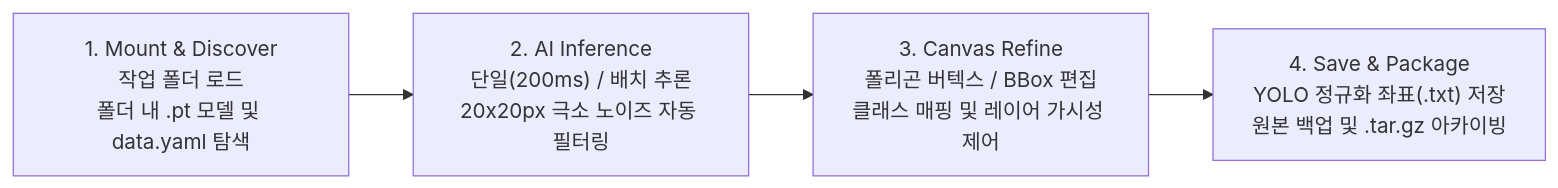
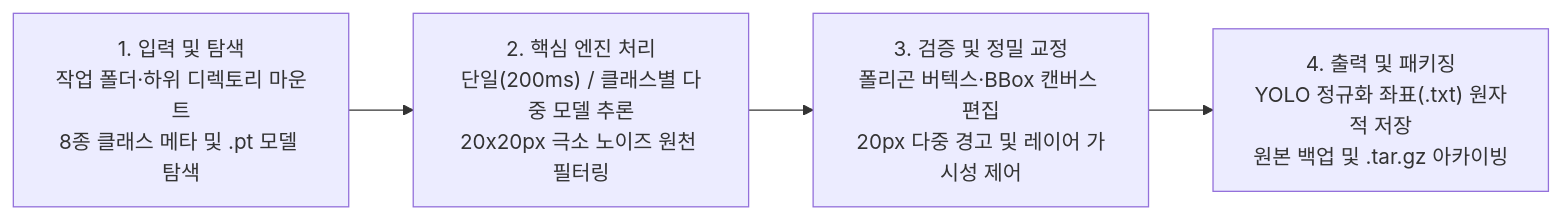
The diagram in README.md (yg-gulbi/dataset-studio), drawn with Mermaid before and after one commit. The commit also changed other lines of this file, not shown here.

````diff
--- a/README.md
+++ b/README.md
@@ -79,6 +87,6 @@
 ```mermaid
 flowchart LR
-    A["1. Mount & Discover\n작업 폴더 로드\n폴더 내 .pt 모델 및 data.yaml 탐색"] --> B["2. AI Inference\n단일(200ms) / 배치 추론\n20x20px 극소 노이즈 자동 필터링"]
-    B --> C["3. Canvas Refine\n폴리곤 버텍스 / BBox 편집\n클래스 매핑 및 레이어 가시성 제어"]
-    C --> D["4. Save & Package\nYOLO 정규화 좌표(.txt) 저장\n원본 백업 및 .tar.gz 아카이빙"]
+    A["1. 입력 및 탐색\n작업 폴더·하위 디렉토리 마운트\n8종 클래스 메타 및 .pt 모델 탐색"] --> B["2. 핵심 엔진 처리\n단일(200ms) / 클래스별 다중 모델 추론\n20x20px 극소 노이즈 원천 필터링"]
+    B --> C["3. 검증 및 정밀 교정\n폴리곤 버텍스·BBox 캔버스 편집\n20px 다중 경고 및 레이어 가시성 제어"]
+    C --> D["4. 출력 및 패키징\nYOLO 정규화 좌표(.txt) 원자적 저장\n원본 백업 및 .tar.gz 아카이빙"]
 ```
````
